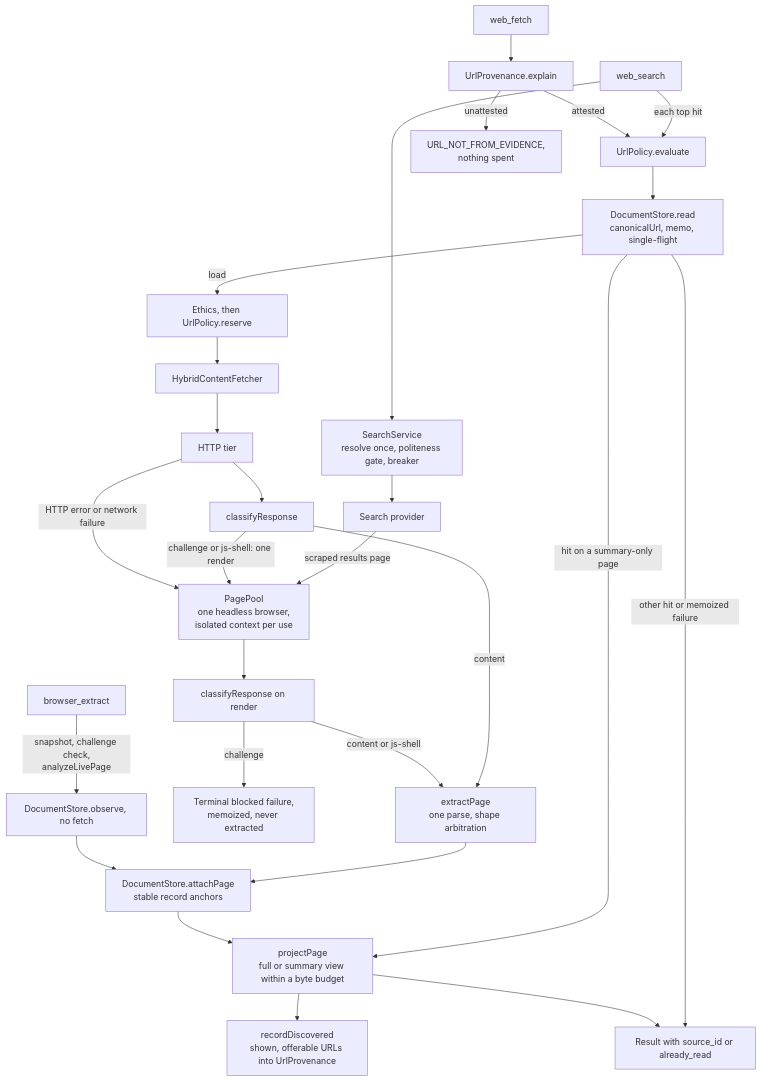
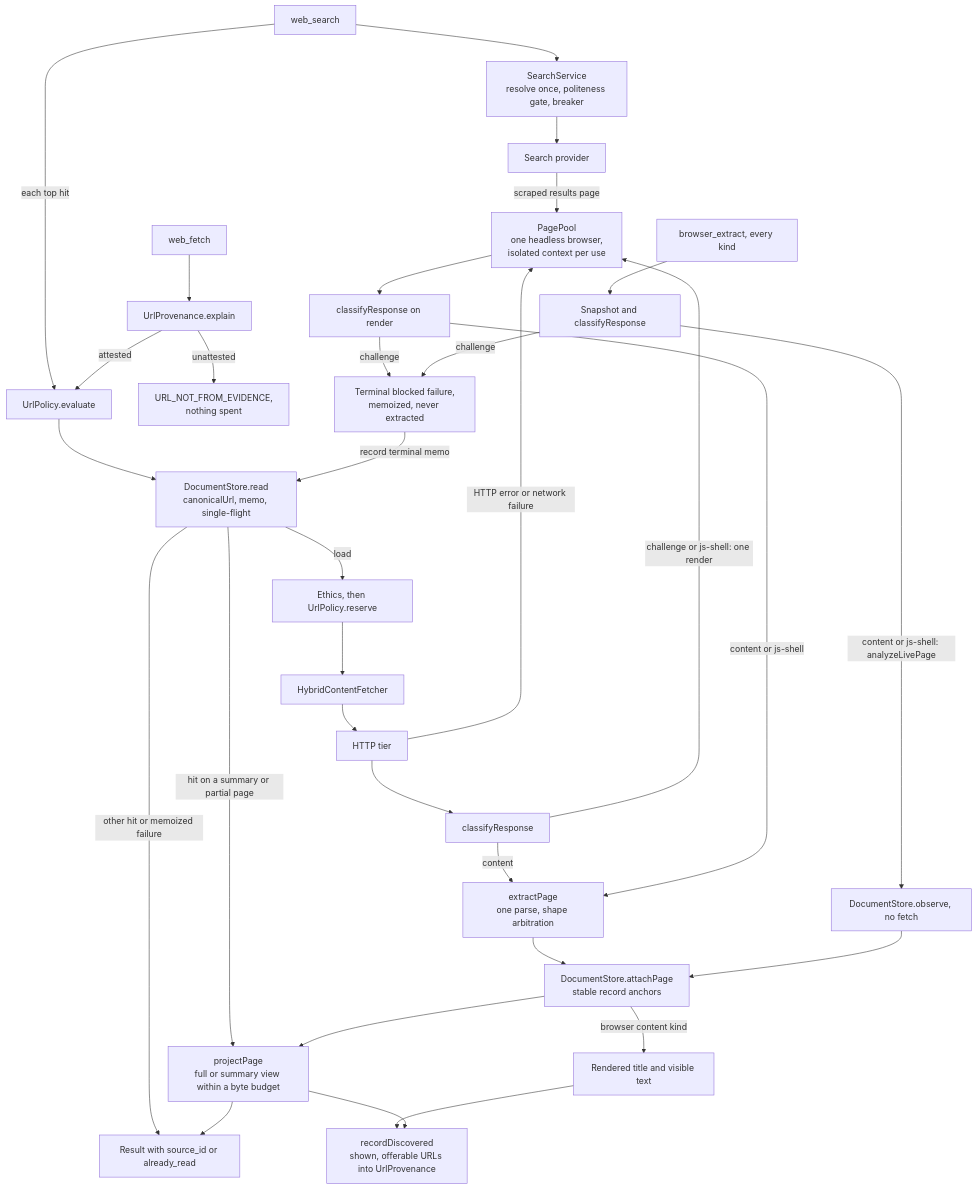
Before and after one commit to abranjith/yantra: diagram 14 of 23 in docs/architecture.md, drawn with Mermaid. The commit also changed other lines of this file and 37 other files, not shown here.

````diff
--- a/docs/architecture.md
+++ b/docs/architecture.md
@@ -1591,28 +1608,33 @@
 ```mermaid
 flowchart TD
   Search[web_search] --> SearchSvc[SearchService<br/>resolve once, politeness gate, breaker]
   SearchSvc --> Provider[Search provider]
   Provider -->|scraped results page| Pool
   Search -->|each top hit| Evaluate
   Fetch[web_fetch] --> Explain[UrlProvenance.explain]
   Explain -->|unattested| Refused[URL_NOT_FROM_EVIDENCE,<br/>nothing spent]
   Explain -->|attested| Evaluate[UrlPolicy.evaluate]
   Evaluate --> Store[DocumentStore.read<br/>canonicalUrl, memo, single-flight]
-  Store -->|hit on a summary-only page| Project
+  Store -->|hit on a summary or partial page| Project
   Store -->|other hit or memoized failure| Result[Result with source_id or already_read]
   Store -->|load| Gate[Ethics, then UrlPolicy.reserve]
   Gate --> Hybrid[HybridContentFetcher]
   Hybrid --> Http[HTTP tier] --> Classify[classifyResponse]
   Classify -->|content| Extract[extractPage<br/>one parse, shape arbitration]
   Classify -->|challenge or js-shell: one render| Pool[PagePool<br/>one headless browser,<br/>isolated context per use]
   Http -->|HTTP error or network failure| Pool
   Pool --> Classify2[classifyResponse on render]
   Classify2 -->|challenge| Blocked[Terminal blocked failure,<br/>memoized, never extracted]
   Classify2 -->|content or js-shell| Extract
   Extract --> Attach[DocumentStore.attachPage<br/>stable record anchors]
-  Extract2[browser_extract] -->|snapshot, challenge check,<br/>analyzeLivePage| Observe[DocumentStore.observe, no fetch]
+  Extract2[browser_extract, every kind] --> LiveClassify[Snapshot and classifyResponse]
+  LiveClassify -->|challenge| Blocked
+  Blocked -->|record terminal memo| Store
+  LiveClassify -->|content or js-shell: analyzeLivePage| Observe[DocumentStore.observe, no fetch]
   Observe --> Attach
   Attach --> Project[projectPage<br/>full or summary view within a byte budget]
+  Attach -->|browser content kind| Visible[Rendered title and visible text]
+  Visible --> Discovered
   Project --> Discovered[recordDiscovered<br/>shown, offerable URLs into UrlProvenance]
   Project --> Result
 ```
````
